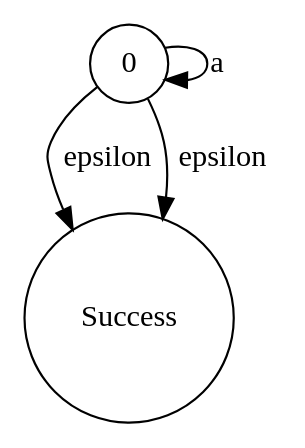
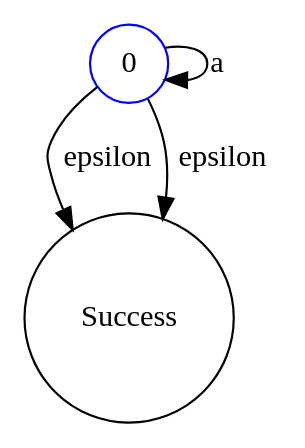
One commit to ayanamists/MyRegEngine changed the diagram in MyRegEngine/bin/Debug/netcoreapp3.1/TestCase8.dot. Above: the diagram before and after it, drawn with Graphviz. The commit also changed 55 other files, not shown here.

```diff
--- a/MyRegEngine/bin/Debug/netcoreapp3.1/TestCase8.dot
+++ b/MyRegEngine/bin/Debug/netcoreapp3.1/TestCase8.dot
@@ -1,1 +1,1 @@
-digraph TestCase8 { 0 [shape=circle,label="0"]; 1 [shape=circle,label="Success"]; 0 -> 0[label="a"]; 0 -> 1[label="epsilon"]; 0 -> 1[label="epsilon"]; }
+digraph TestCase8 { 0 [shape=circle,label="0",color="#0000FF"]; 1 [shape=circle,label="Success",color="#000000"]; 0 -> 0[label="a"]; 0 -> 1[label="epsilon"]; 0 -> 1[label="epsilon"]; }
```
